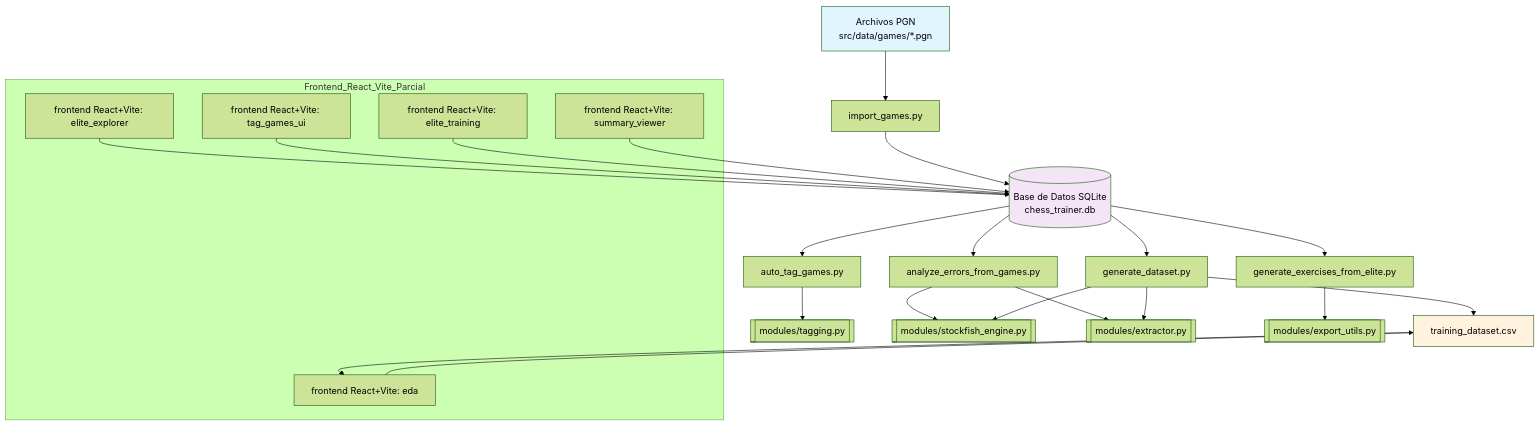
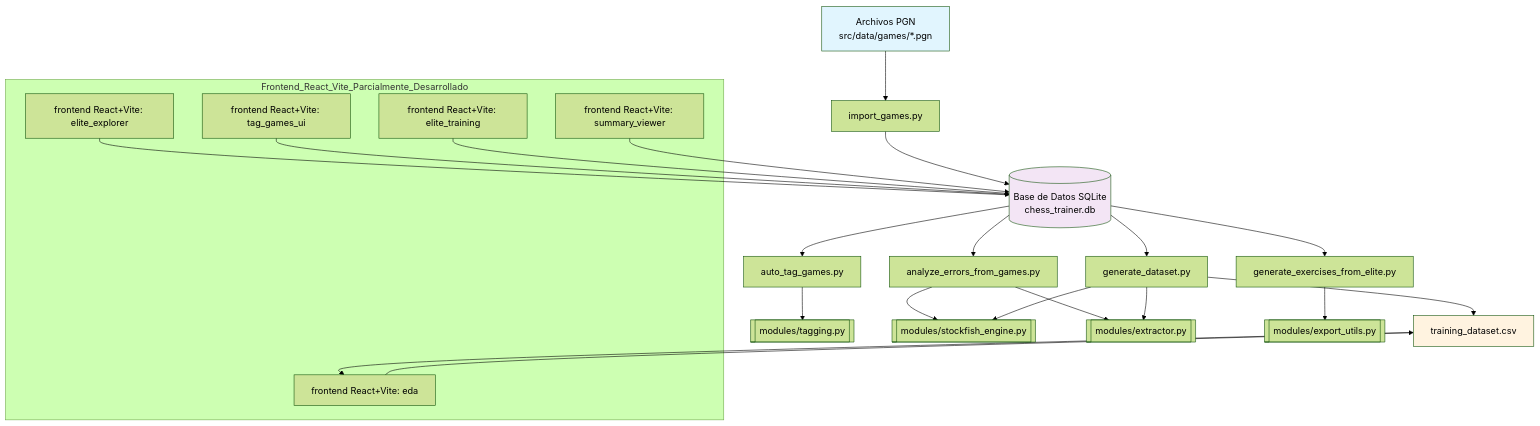
The diagram in src/architecture_es.md (cmessoftware/chessinsightai), drawn with Mermaid (forest theme) before and after one commit. The commit also changed 2 other files, not shown here.

Commit message:
docs: refine react+vite command and architecture labels
Agent-Logs-Url: https://github.com/cmessoftware/chessinsightai/sessions/33f0549b-f44d-47ba-a050-168358c5e59d

````diff
--- a/src/architecture_es.md
+++ b/src/architecture_es.md
@@ -1,40 +1,40 @@
 ```mermaid
 graph TD
   A[Archivos PGN<br>src/data/games/*.pgn] --> B[import_games.py]
   B --> DB[(Base de Datos SQLite<br>chess_trainer.db)]
 
   DB --> C[auto_tag_games.py]
   DB --> D[analyze_errors_from_games.py]
   DB --> E[generate_exercises_from_elite.py]
   DB --> F[generate_dataset.py]
 
   C --> M1[[modules/tagging.py]]
   D --> M2[[modules/stockfish_engine.py]]
   D --> M3[[modules/extractor.py]]
   E --> M4[[modules/export_utils.py]]
   F --> M2
   F --> M3
 
   G1[frontend React+Vite: elite_explorer] --> DB
   G2[frontend React+Vite: tag_games_ui] --> DB
   G3[frontend React+Vite: elite_training] --> DB
   G4[frontend React+Vite: summary_viewer] --> DB
   
   CSV[training_dataset.csv]
   G5[frontend React+Vite: eda] --> CSV
 
   F --> CSV
   CSV --> G5
 
-  subgraph Frontend_React_Vite_Parcial
+  subgraph Frontend_React_Vite_Parcialmente_Desarrollado
     G1
     G2
     G3
     G4
     G5
   end
 
   style A fill:#e1f5fe
   style DB fill:#f3e5f5
   style CSV fill:#fff3e0
 ```
````
